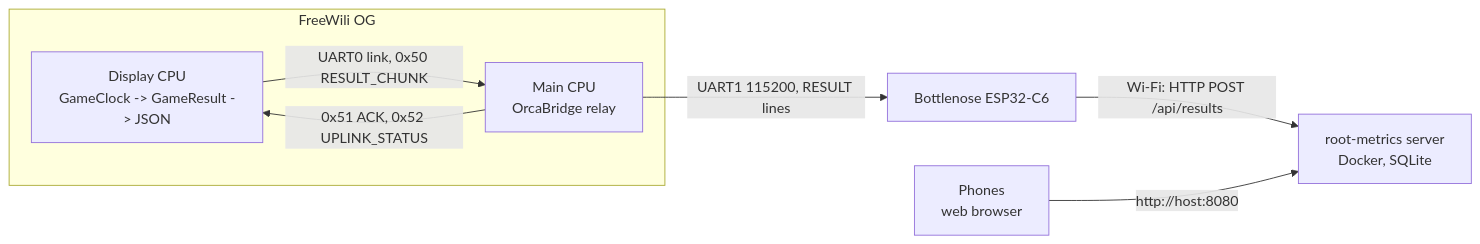
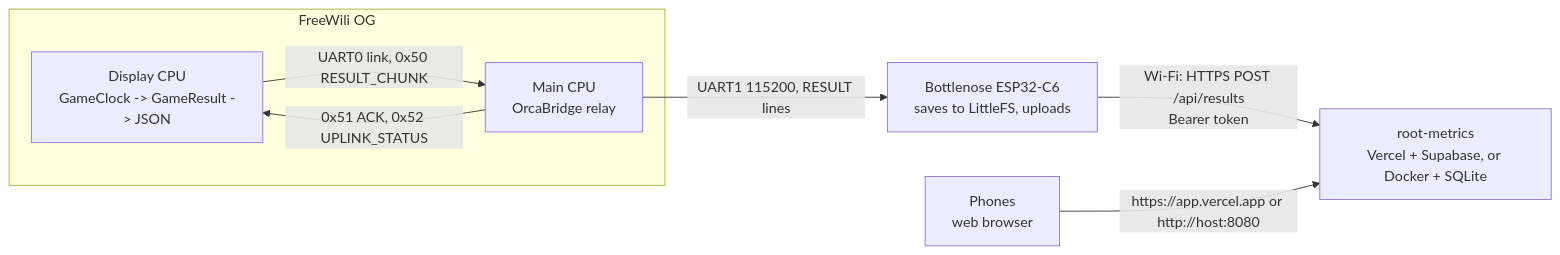
The first of 2 diagrams in documents/04-future-esp32-integration.md (alessandrofelici/hardware-playground), drawn with Mermaid before and after one commit. The commit also changed other lines of this file and 40 other files, not shown here.

````diff
--- a/documents/04-future-esp32-integration.md
+++ b/documents/04-future-esp32-integration.md
@@ -18,15 +28,15 @@
 ```mermaid
 flowchart LR
     subgraph OG["FreeWili OG"]
         D["Display CPU<br/>GameClock -> GameResult -> JSON"]
         M["Main CPU<br/>OrcaBridge relay"]
         D -- "UART0 link, 0x50 RESULT_CHUNK" --> M
         M -- "0x51 ACK, 0x52 UPLINK_STATUS" --> D
     end
-    C6["Bottlenose ESP32-C6"]
-    S["root-metrics server<br/>Docker, SQLite"]
+    C6["Bottlenose ESP32-C6<br/>saves to LittleFS, uploads"]
+    S["root-metrics<br/>Vercel + Supabase, or Docker + SQLite"]
     P["Phones<br/>web browser"]
     M -- "UART1 115200, RESULT lines" --> C6
-    C6 -- "Wi-Fi: HTTP POST /api/results" --> S
-    P -- "http://host:8080" --> S
+    C6 -- "Wi-Fi: HTTPS POST /api/results<br/>Bearer token" --> S
+    P -- "https://app.vercel.app or http://host:8080" --> S
 ```
````
